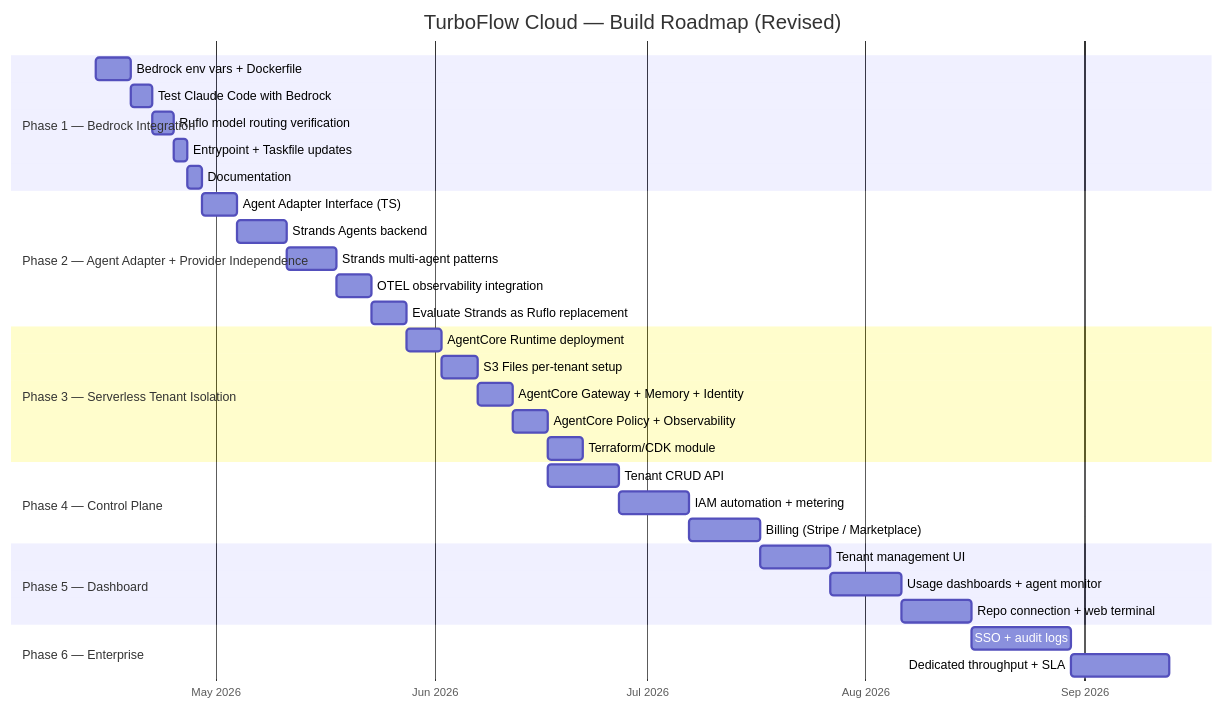
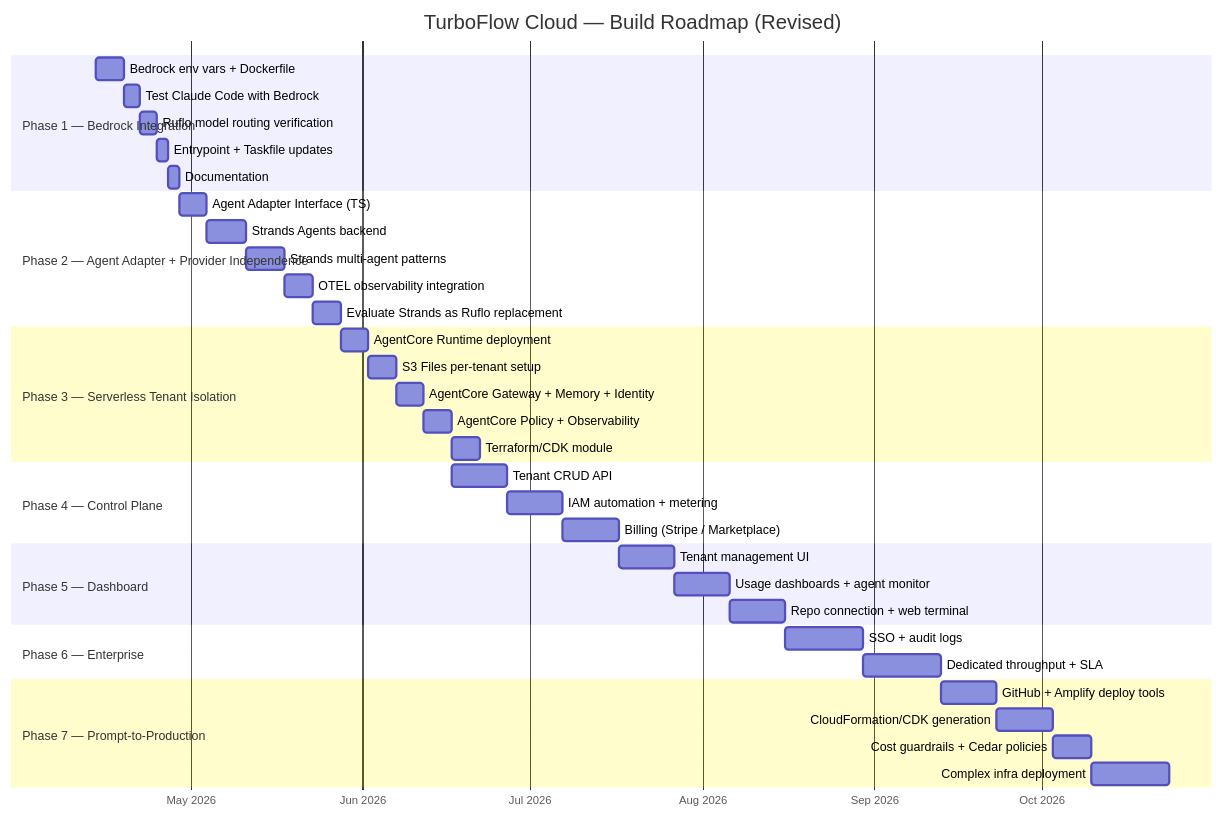
Before and after one commit to Walsen/turbo-flow: the third of 7 diagrams in planning/turboflow-cloud-product-plan.md, drawn with Mermaid. The commit also changed other lines of this file, not shown here.

First line of the commit message:
docs: add Phase 7 — Prompt-to-Production (deploy infrastructure from prompts)

````diff
--- a/planning/turboflow-cloud-product-plan.md
+++ b/planning/turboflow-cloud-product-plan.md
@@ -227,41 +227,47 @@
 ```mermaid
 gantt
     title TurboFlow Cloud — Build Roadmap (Revised)
     dateFormat YYYY-MM-DD
     axisFormat %b %Y
 
     section Phase 1 — Bedrock Integration
     Bedrock env vars + Dockerfile        :p1a, 2026-04-14, 5d
     Test Claude Code with Bedrock        :p1b, after p1a, 3d
     Ruflo model routing verification     :p1c, after p1b, 3d
     Entrypoint + Taskfile updates        :p1d, after p1c, 2d
     Documentation                        :p1e, after p1d, 2d
 
     section Phase 2 — Agent Adapter + Provider Independence
     Agent Adapter Interface (TS)         :p2a, after p1e, 5d
     Strands Agents backend               :p2b, after p2a, 7d
     Strands multi-agent patterns         :p2c, after p2b, 7d
     OTEL observability integration       :p2d, after p2c, 5d
     Evaluate Strands as Ruflo replacement:p2e, after p2d, 5d
 
     section Phase 3 — Serverless Tenant Isolation
     AgentCore Runtime deployment       :p3a, after p2e, 5d
     S3 Files per-tenant setup          :p3b, after p3a, 5d
     AgentCore Gateway + Memory + Identity :p3c, after p3b, 5d
     AgentCore Policy + Observability   :p3d, after p3c, 5d
     Terraform/CDK module               :p3e, after p3d, 5d
 
     section Phase 4 — Control Plane
     Tenant CRUD API                      :p4a, after p3d, 10d
     IAM automation + metering            :p4b, after p4a, 10d
     Billing (Stripe / Marketplace)       :p4c, after p4b, 10d
 
     section Phase 5 — Dashboard
     Tenant management UI                 :p5a, after p4c, 10d
     Usage dashboards + agent monitor     :p5b, after p5a, 10d
     Repo connection + web terminal       :p5c, after p5b, 10d
 
     section Phase 6 — Enterprise
     SSO + audit logs                     :p6a, after p5c, 14d
     Dedicated throughput + SLA           :p6b, after p6a, 14d
+
+    section Phase 7 — Prompt-to-Production
+    GitHub + Amplify deploy tools        :p7a, after p6b, 10d
+    CloudFormation/CDK generation        :p7b, after p7a, 10d
+    Cost guardrails + Cedar policies     :p7c, after p7b, 7d
+    Complex infra deployment             :p7d, after p7c, 14d
 ```
````
